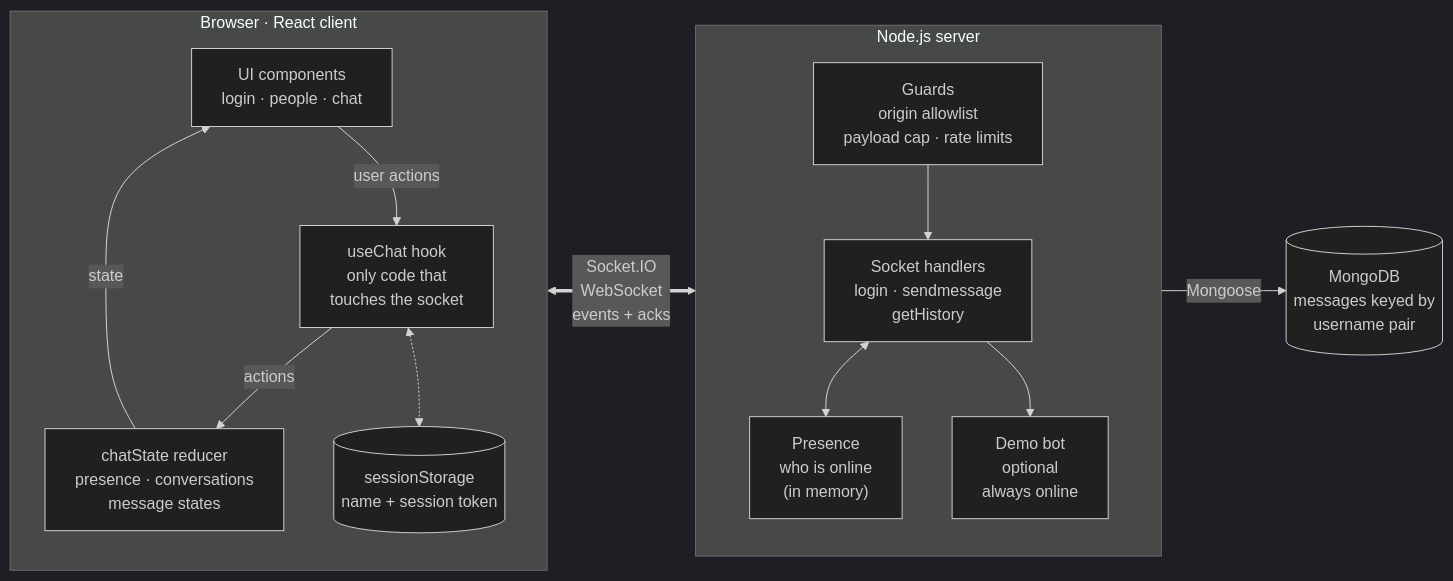
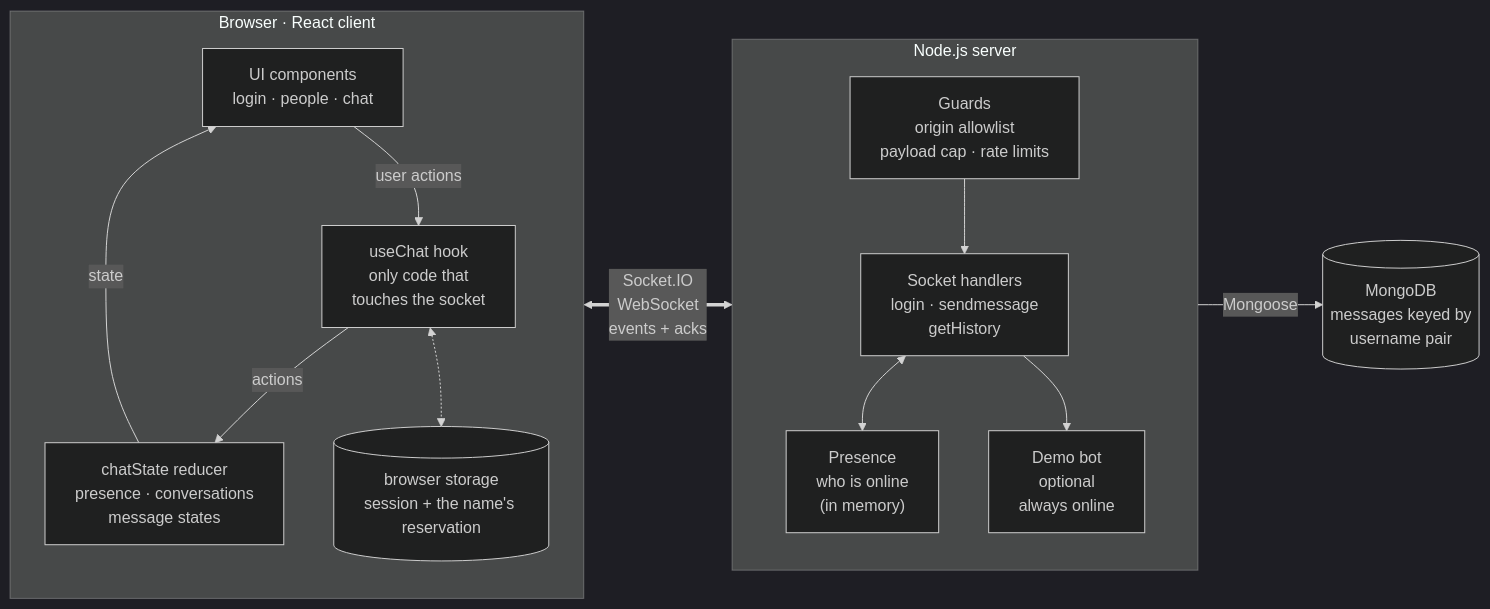
Before and after one commit to Nando-C/StriveM8D8: the diagram in README.md, drawn with Mermaid (dark theme). The commit also changed other lines of this file and 32 other files, not shown here.

````diff
--- a/README.md
+++ b/README.md
@@ -32,30 +32,30 @@
 ```mermaid
 flowchart LR
     subgraph CLIENT["Browser · React client"]
         direction TB
         UI["UI components<br/>login · people · chat"]
         HOOK["useChat hook<br/>only code that<br/>touches the socket"]
         STATE["chatState reducer<br/>presence · conversations<br/>message states"]
-        SESSION[("sessionStorage<br/>name + session token")]
+        SESSION[("browser storage<br/>session + the name's reservation")]
         UI -- "user actions" --> HOOK
         HOOK -- "actions" --> STATE
         STATE -- "state" --> UI
         HOOK <-.-> SESSION
     end
 
     subgraph SERVER["Node.js server"]
         direction TB
         GUARDS["Guards<br/>origin allowlist<br/>payload cap · rate limits"]
         HANDLERS["Socket handlers<br/>login · sendmessage<br/>getHistory"]
         PRESENCE["Presence<br/>who is online<br/>(in memory)"]
         BOT["Demo bot<br/>optional<br/>always online"]
         GUARDS --> HANDLERS
         HANDLERS <--> PRESENCE
         HANDLERS --> BOT
     end
 
     DB[("MongoDB<br/>messages keyed by<br/>username pair")]
 
     CLIENT <== "Socket.IO<br/>WebSocket<br/>events + acks" ==> SERVER
     SERVER -- "Mongoose" --> DB
 ```
````
